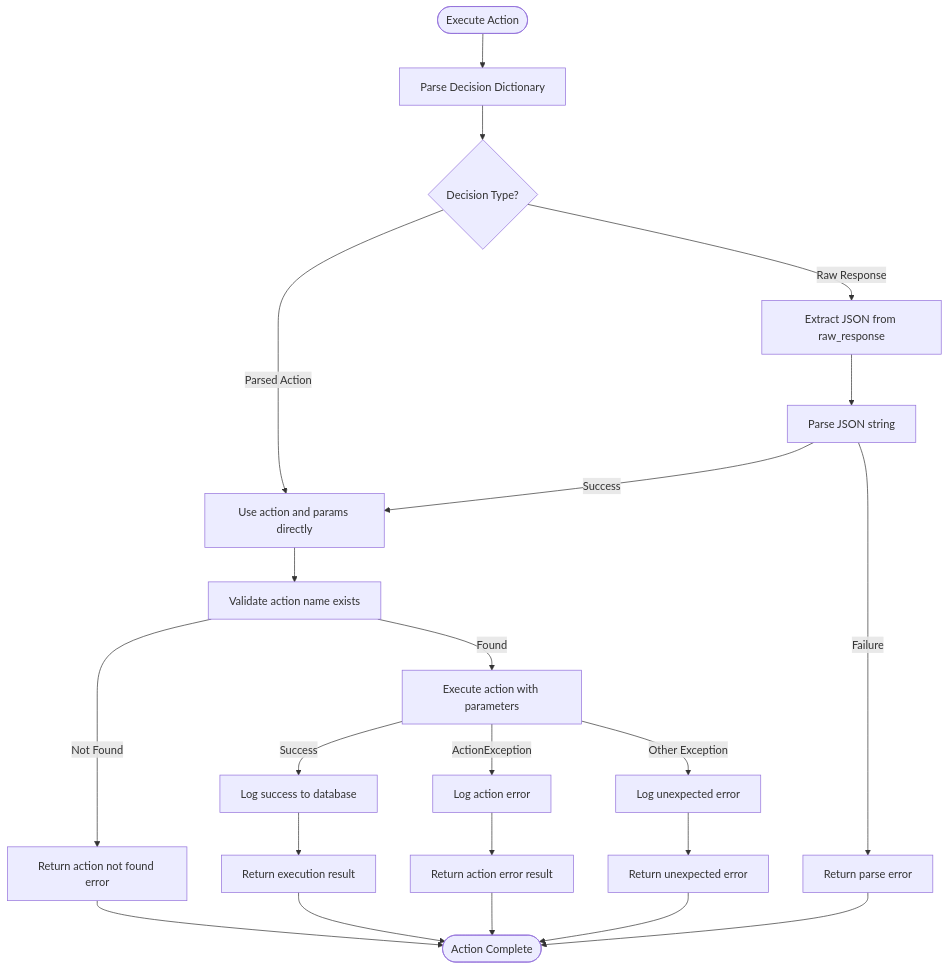
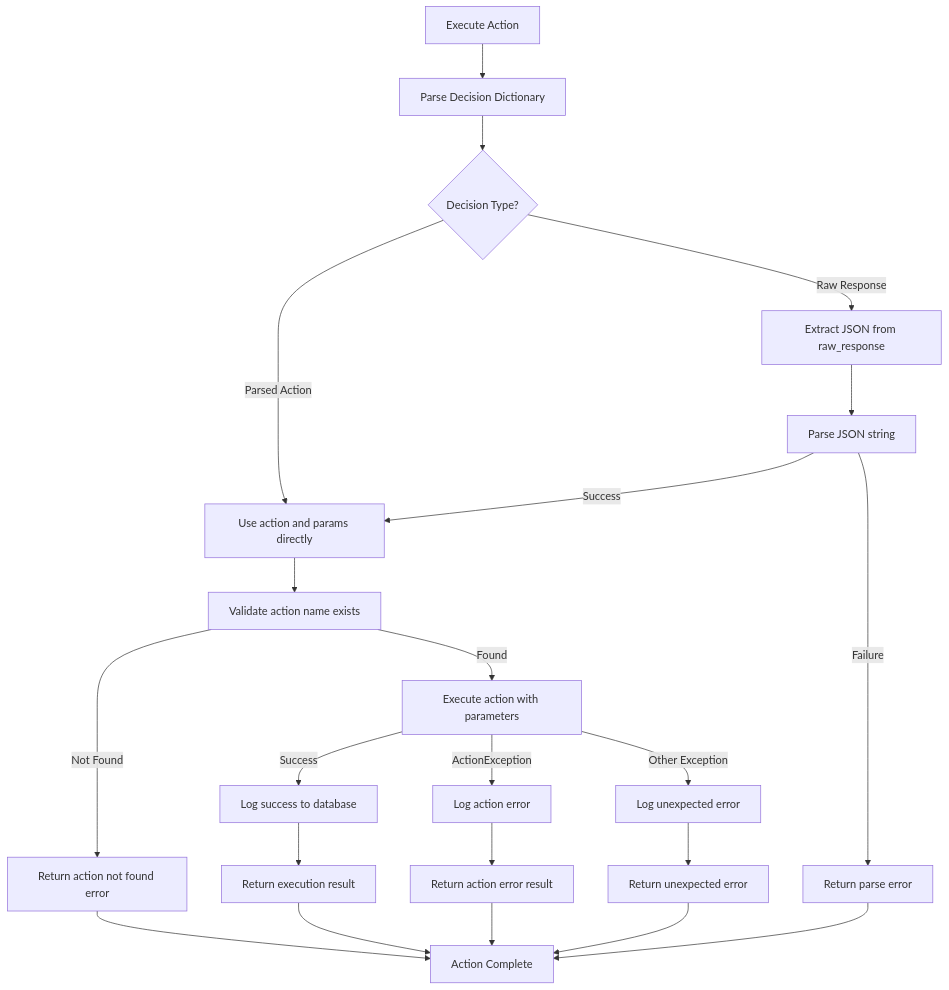
The fourth of 7 diagrams in docs/API Reference/Action System API.md (Likhithsai2580/RAVANA-WIKI), drawn with Mermaid before and after one commit. The commit also changed 52 other files, not shown here.

First line of the commit message:
chore(docs): update documentation content, fix Mermaid diagrams, and enhance README

````diff
--- a/docs/API Reference/Action System API.md
+++ b/docs/API Reference/Action System API.md
@@ -267,24 +267,24 @@
 ```mermaid
 flowchart TD
-Start([Execute Action]) --> ParseDecision["Parse Decision Dictionary"]
+Start["Execute Action"] --> ParseDecision["Parse Decision Dictionary"]
 ParseDecision --> DecisionType{"Decision Type?"}
 DecisionType --> |Parsed Action| UseActionData["Use action and params directly"]
 DecisionType --> |Raw Response| ExtractJSON["Extract JSON from raw_response"]
 ExtractJSON --> ParseJSON["Parse JSON string"]
 ParseJSON --> |Success| UseActionData
 ParseJSON --> |Failure| ReturnParseError["Return parse error"]
 UseActionData --> ValidateAction["Validate action name exists"]
 ValidateAction --> |Not Found| ReturnActionError["Return action not found error"]
 ValidateAction --> |Found| ExecuteAction["Execute action with parameters"]
 ExecuteAction --> |Success| LogSuccess["Log success to database"]
 ExecuteAction --> |ActionException| LogActionError["Log action error"]
 ExecuteAction --> |Other Exception| LogUnexpectedError["Log unexpected error"]
 LogSuccess --> ReturnResult["Return execution result"]
 LogActionError --> ReturnActionErrorResult["Return action error result"]
 LogUnexpectedError --> ReturnUnexpectedError["Return unexpected error"]
-ReturnResult --> End([Action Complete])
+ReturnResult --> End["Action Complete"]
 ReturnActionErrorResult --> End
 ReturnUnexpectedError --> End
 ReturnParseError --> End
 ReturnActionError --> End
 ```
````
